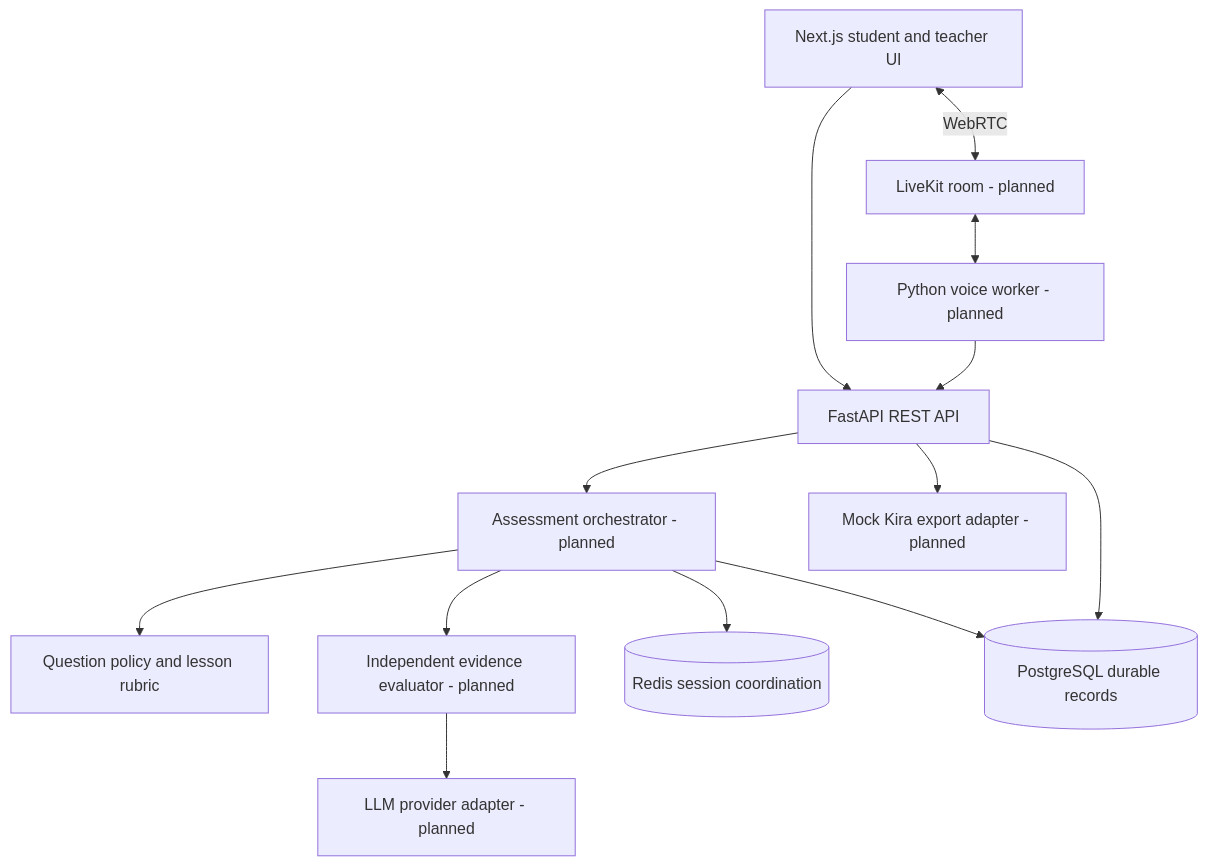
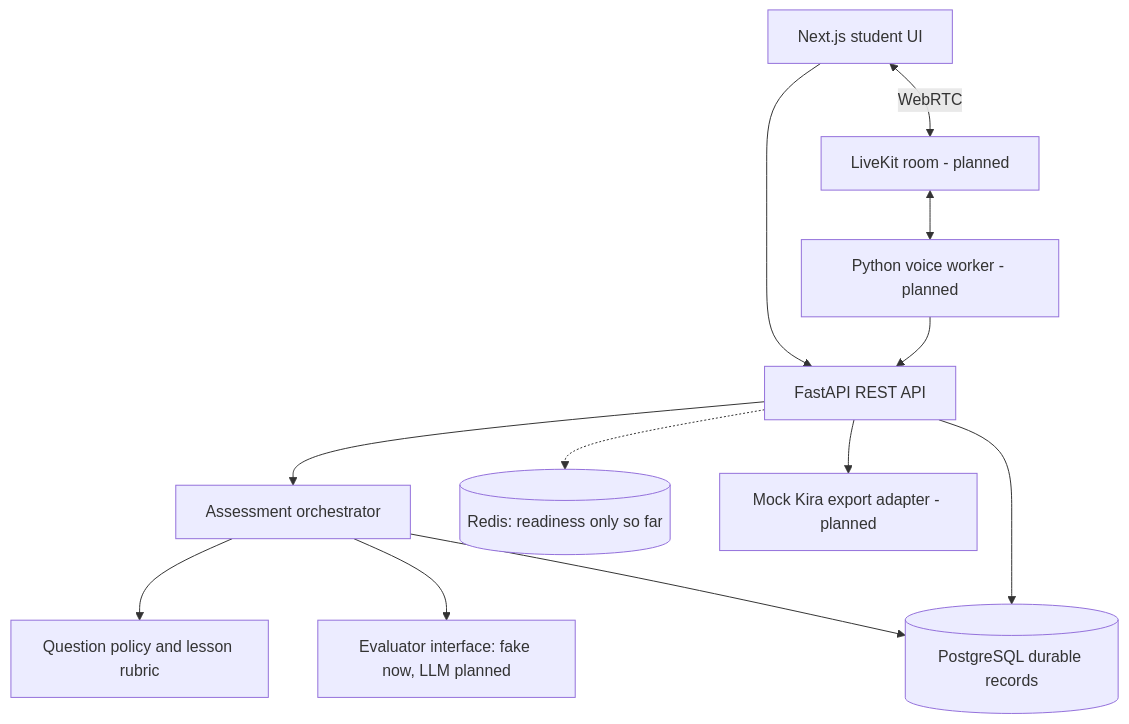
Before and after one commit to PickleRith/kira-verbal: the diagram in docs/architecture.md, drawn with Mermaid. The commit also changed other lines of this file and 35 other files, not shown here.

````diff
--- a/docs/architecture.md
+++ b/docs/architecture.md
@@ -7,15 +7,14 @@
 ```mermaid
 flowchart TD
-  UI[Next.js student and teacher UI] --> API[FastAPI REST API]
+  UI[Next.js student UI] --> API[FastAPI REST API]
   UI <-->|WebRTC| RTC[LiveKit room - planned]
   RTC <--> W[Python voice worker - planned]
   W --> API
-  API --> O[Assessment orchestrator - planned]
+  API --> O[Assessment orchestrator]
   O --> P[Question policy and lesson rubric]
-  O --> E[Independent evidence evaluator - planned]
-  E --> L[LLM provider adapter - planned]
-  O --> R[(Redis session coordination)]
+  O --> E[Evaluator interface: fake now, LLM planned]
   O --> DB[(PostgreSQL durable records)]
   API --> DB
+  API -.-> R[(Redis: readiness only so far)]
   API --> X[Mock Kira export adapter - planned]
 ```
````
